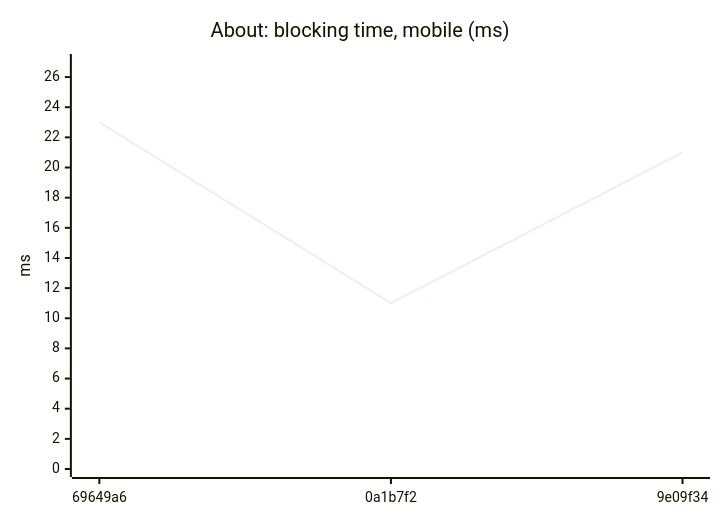
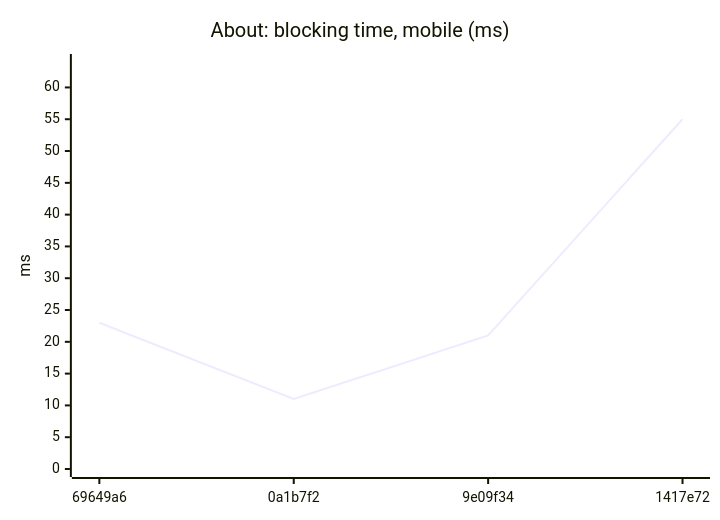
Before and after one commit to AxelUser/maltsev.space: the sixth of 18 diagrams in README.md, drawn with Mermaid. The commit also changed other lines of this file and 1 other file, not shown here.

````diff
--- a/README.md
+++ b/README.md
@@ -79,7 +79,7 @@
 ```mermaid
 xychart-beta
   title "About: blocking time, mobile (ms)"
-  x-axis ["69649a6", "0a1b7f2", "9e09f34"]
-  y-axis "ms" 0 --> 27
-  line [23, 11, 21]
+  x-axis ["69649a6", "0a1b7f2", "9e09f34", "1417e72"]
+  y-axis "ms" 0 --> 64
+  line [23, 11, 21, 55]
 ```
````
